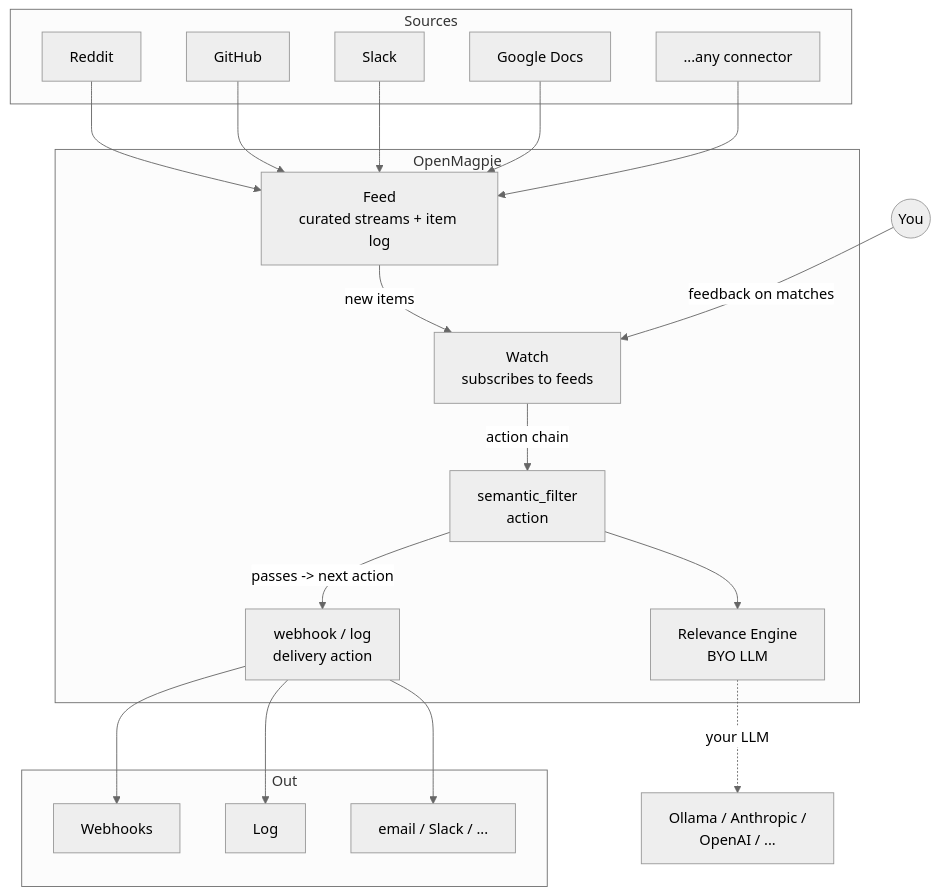
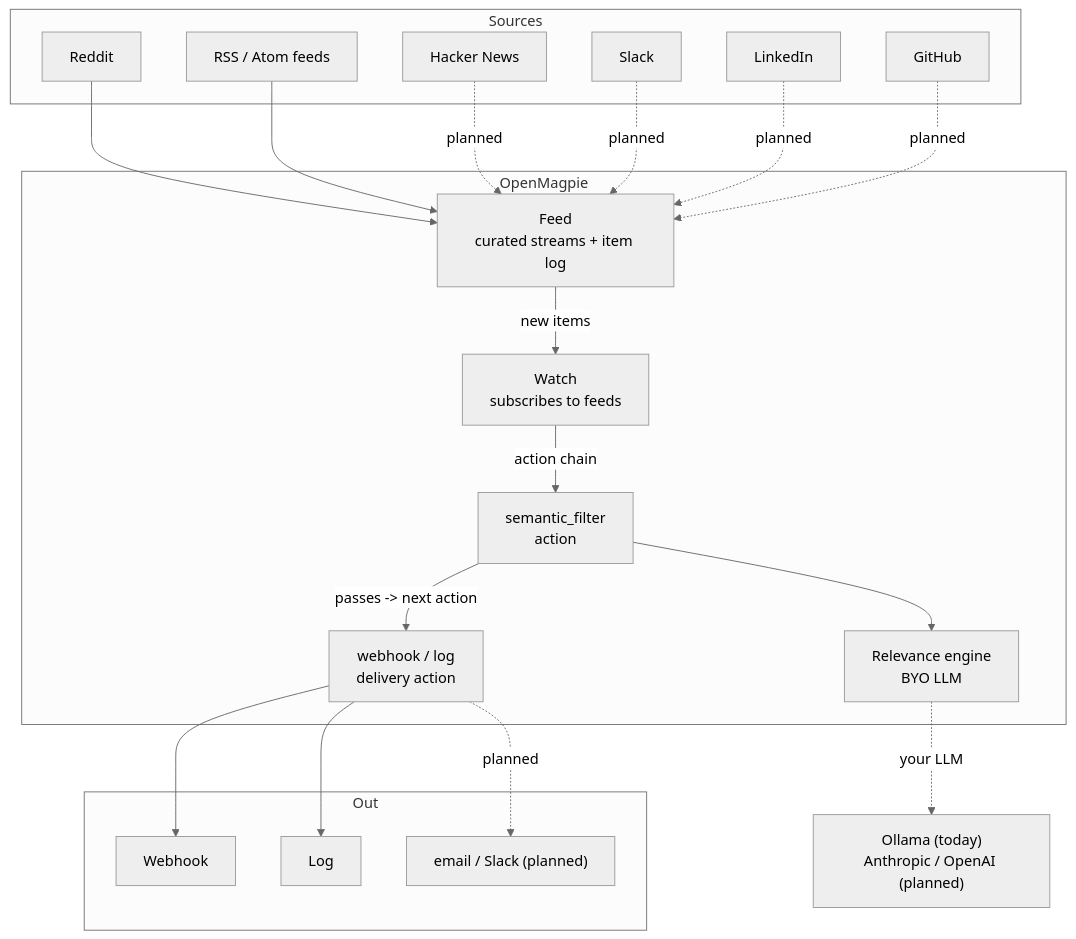
The diagram in README.md (PRACE1/openmagpie), drawn with Mermaid (neutral theme) before and after one commit. The commit also changed other lines of this file, not shown here.

````diff
--- a/README.md
+++ b/README.md
@@ -21,43 +101,42 @@
 ```mermaid
 graph TD
     subgraph Sources
         REDDIT[Reddit]
-        GH[GitHub]
+        RSS[RSS / Atom feeds]
+        HN[Hacker News]
         SLACK[Slack]
-        GDOCS[Google Docs]
-        OTHER[...any connector]
+        LINKEDIN[LinkedIn]
+        GITHUB[GitHub]
     end
 
     subgraph OpenMagpie
         FEED[Feed<br/>curated streams + item log]
         WATCH[Watch<br/>subscribes to feeds]
         FILTER[semantic_filter<br/>action]
-        ENGINE[Relevance Engine<br/>BYO LLM]
+        ENGINE[Relevance engine<br/>BYO LLM]
         DELIVER[webhook / log<br/>delivery action]
     end
 
     subgraph Out
-        WEBHOOK[Webhooks]
+        WEBHOOK[Webhook]
         LOG[Log]
-        FUTURE[email / Slack / ...]
+        FUTURE["email / Slack (planned)"]
     end
 
     REDDIT --> FEED
-    GH --> FEED
-    SLACK --> FEED
-    GDOCS --> FEED
-    OTHER --> FEED
+    RSS --> FEED
+    HN -. planned .-> FEED
+    SLACK -. planned .-> FEED
+    LINKEDIN -. planned .-> FEED
+    GITHUB -. planned .-> FEED
 
     FEED -- "new items" --> WATCH
     WATCH -- "action chain" --> FILTER
     FILTER --> ENGINE
-    ENGINE -. "your LLM" .-> LLM["Ollama / Anthropic /
-    OpenAI / ..."]
+    ENGINE -. "your LLM" .-> LLM["Ollama (today)<br/>Anthropic / OpenAI (planned)"]
     FILTER -- "passes -> next action" --> DELIVER
 
     DELIVER --> WEBHOOK
     DELIVER --> LOG
-    DELIVER --> FUTURE
-
-    YOU((You)) -- "feedback on matches" --> WATCH
+    DELIVER -. planned .-> FUTURE
 ```
````
